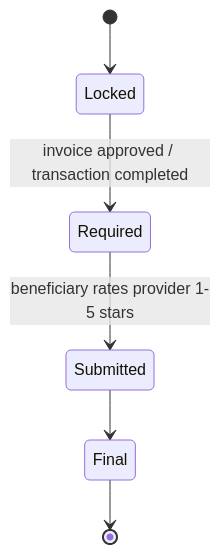
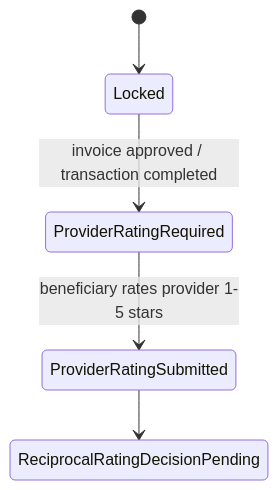
One commit to Yadd-SanaaUniversityGraduationProject/yadd changed the fifth of 6 diagrams in docs/03-analysis/07-lifecycles.md. Above: the diagram before and after it, drawn with Mermaid. The commit also changed other lines of this file, not shown here.

Commit message:
analysis: mark reciprocal rating lifecycle open

````diff
--- a/docs/03-analysis/07-lifecycles.md
+++ b/docs/03-analysis/07-lifecycles.md
@@ -99,8 +102,7 @@
 ```mermaid
 stateDiagram-v2
     [*] --> Locked
-    Locked --> Required: invoice approved / transaction completed
-    Required --> Submitted: beneficiary rates provider 1-5 stars
-    Submitted --> Final
-    Final --> [*]
+    Locked --> ProviderRatingRequired: invoice approved / transaction completed
+    ProviderRatingRequired --> ProviderRatingSubmitted: beneficiary rates provider 1-5 stars
+    ProviderRatingSubmitted --> ReciprocalRatingDecisionPending
 ```
````
